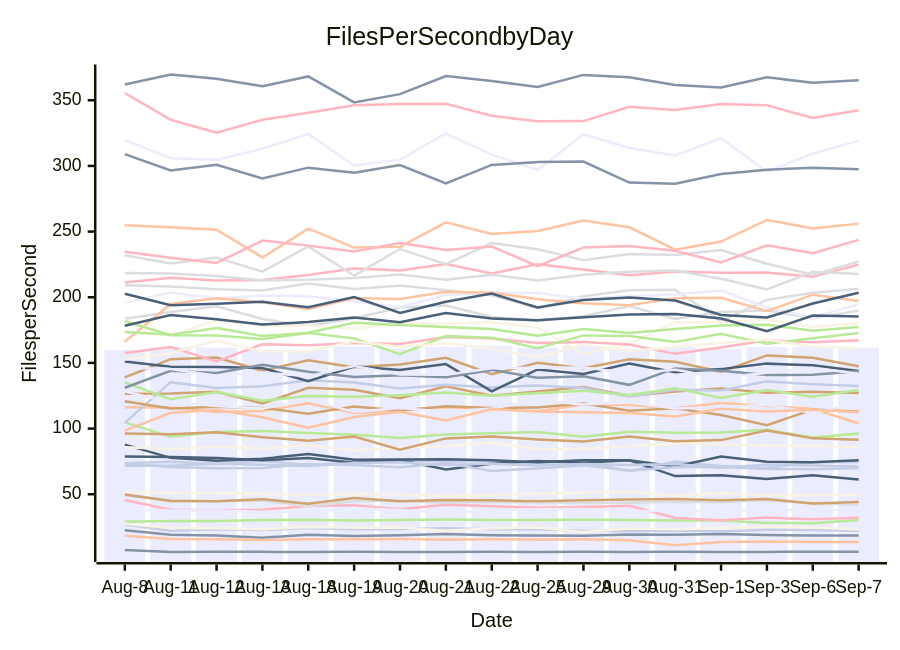
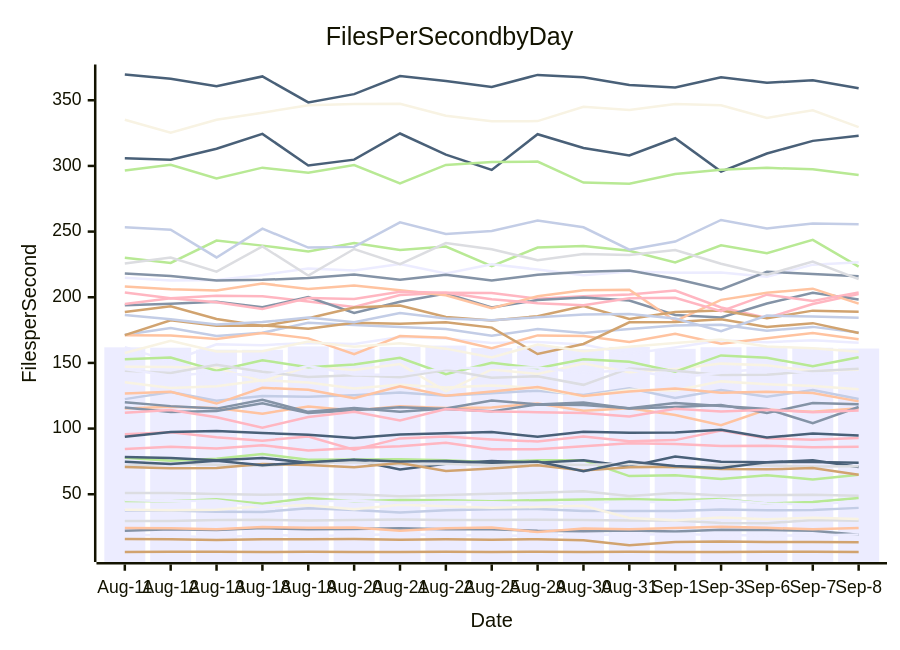
The diagram in perf-report.md (streetsidesoftware/cspell), drawn with Mermaid before and after one commit. The commit also changed other lines of this file and 1 other file, not shown here.

````diff
--- a/perf-report.md
+++ b/perf-report.md
@@ -10,57 +10,57 @@
 ```mermaid
 xychart-beta
     title Files Per Second by Day
     y-axis Files per Second
-    x-axis Date [Aug-8, Aug-11, Aug-12, Aug-13, Aug-18, Aug-19, Aug-20, Aug-21, Aug-22, Aug-25, Aug-29, Aug-30, Aug-31, Sep-1, Sep-3, Sep-6, Sep-7]
-    bar [159.78, 161.87, 161.59, 160.12, 160.00, 162.54, 160.82, 162.11, 163.20, 161.31, 162.91, 160.67, 162.16, 160.72, 161.93, 162.34, 161.56]
-    line [22.54, 19.07, 18.54, 16.95, 19.10, 18.27, 18.74, 19.65, 18.80, 18.62, 18.45, 19.29, 19.08, 19.71, 18.88, 18.65, 18.65]
-    line [116.33, 116.04, 112.64, 113.43, 119.19, 111.93, 114.00, 116.17, 114.97, 113.11, 118.41, 118.01, 115.40, 119.50, 117.17, 114.93, 104.04]
-    line [209.23, 208.13, 206.12, 205.21, 210.46, 206.31, 208.96, 205.28, 201.48, 191.68, 200.76, 205.32, 205.73, 181.85, 198.01, 203.39, 206.55]
-    line [29.03, 29.67, 29.60, 30.33, 30.62, 30.06, 30.32, 30.71, 30.33, 30.41, 30.59, 30.45, 30.07, 29.95, 28.16, 27.92, 30.43]
-    line [126.61, 126.72, 128.04, 119.05, 131.02, 129.61, 123.08, 132.18, 124.93, 128.24, 131.60, 124.76, 128.19, 130.51, 127.29, 128.13, 127.03]
-    line [73.53, 74.78, 72.96, 75.57, 72.13, 74.31, 76.20, 74.98, 75.32, 73.98, 74.92, 67.44, 74.93, 71.42, 69.97, 74.43, 74.58]
-    line [211.22, 214.76, 212.79, 213.14, 217.00, 221.94, 220.45, 225.30, 218.11, 225.16, 221.13, 216.69, 219.64, 218.57, 218.78, 215.63, 224.82]
-    line [87.82, 77.70, 75.58, 76.94, 80.70, 76.26, 76.41, 76.73, 75.85, 74.38, 75.85, 75.82, 63.83, 64.49, 61.65, 64.50, 61.26]
-    line [85.77, 84.48, 86.21, 84.78, 87.25, 83.34, 85.16, 86.61, 89.19, 84.30, 84.25, 86.47, 88.91, 88.27, 86.74, 86.90, 85.78]
-    line [319.60, 305.87, 304.71, 313.08, 324.40, 300.37, 304.78, 324.68, 308.60, 296.98, 324.16, 313.60, 308.04, 321.08, 295.70, 309.43, 319.09]
-    line [308.97, 296.59, 300.81, 290.46, 298.69, 294.82, 300.68, 286.71, 300.74, 302.95, 303.29, 287.37, 286.48, 293.90, 297.13, 298.52, 297.48]
-    line [254.83, 253.26, 251.44, 230.32, 252.21, 237.84, 238.36, 257.03, 248.15, 250.39, 258.39, 253.25, 236.21, 242.44, 258.87, 252.44, 256.07]
-    line [183.70, 188.70, 193.07, 183.50, 178.10, 183.95, 192.12, 193.67, 185.05, 182.38, 185.55, 193.26, 183.54, 188.75, 189.86, 184.03, 189.81]
-    line [104.69, 93.74, 97.45, 98.22, 96.65, 95.35, 92.84, 95.49, 96.50, 97.40, 93.72, 97.65, 96.80, 96.99, 99.11, 93.19, 96.28]
-    line [139.04, 152.86, 154.13, 144.07, 152.10, 146.68, 148.87, 153.90, 141.45, 150.06, 146.03, 152.71, 150.80, 143.28, 155.69, 153.87, 147.46]
-    line [104.34, 135.34, 130.97, 132.26, 136.82, 135.16, 130.52, 133.31, 131.34, 132.85, 130.95, 124.42, 129.63, 128.97, 135.94, 133.80, 132.37]
-    line [45.66, 38.22, 37.79, 38.23, 41.09, 41.54, 38.59, 41.99, 40.85, 39.81, 40.28, 41.27, 31.95, 30.26, 32.20, 30.88, 32.09]
-    line [78.66, 78.35, 77.65, 75.86, 77.65, 74.07, 76.09, 68.93, 73.13, 75.35, 74.03, 75.97, 71.20, 78.69, 74.68, 74.33, 75.84]
-    line [182.66, 171.17, 182.41, 178.32, 178.57, 176.08, 180.57, 179.89, 180.99, 176.89, 156.76, 164.43, 180.88, 181.23, 183.21, 177.43, 180.28]
-    line [195.89, 203.57, 199.20, 201.23, 200.81, 196.78, 192.62, 201.64, 203.42, 203.18, 198.91, 200.77, 202.09, 205.14, 192.22, 184.22, 194.88]
-    line [7.47, 6.09, 6.22, 6.12, 6.05, 6.23, 6.09, 6.02, 6.19, 6.02, 6.20, 6.04, 6.23, 6.06, 6.09, 6.20, 6.14]
-    line [18.37, 15.99, 15.64, 15.11, 15.67, 15.78, 15.86, 15.35, 15.70, 15.41, 15.75, 15.00, 11.10, 13.64, 14.09, 13.63, 13.57]
-    line [231.94, 225.75, 230.29, 219.53, 238.65, 216.52, 236.75, 225.24, 241.21, 236.60, 228.23, 232.86, 232.26, 235.92, 225.53, 217.15, 227.16]
-    line [135.23, 122.44, 127.81, 121.17, 124.81, 124.18, 125.47, 127.40, 124.91, 126.98, 128.83, 125.51, 130.73, 123.39, 129.29, 124.27, 129.39]
-    line [120.85, 115.35, 116.69, 115.74, 111.39, 116.78, 113.71, 117.01, 115.75, 116.08, 119.18, 113.59, 115.52, 110.36, 102.65, 114.46, 112.83]
-    line [27.00, 22.24, 23.36, 22.81, 24.23, 23.27, 23.59, 24.08, 23.43, 23.40, 22.23, 21.90, 22.46, 21.60, 23.03, 22.85, 22.27]
-    line [355.56, 335.17, 325.27, 335.20, 340.52, 346.23, 347.14, 347.41, 338.20, 333.97, 334.12, 345.07, 342.66, 347.17, 346.14, 336.60, 342.41]
-    line [151.10, 147.11, 146.86, 146.10, 136.12, 147.29, 144.63, 149.12, 128.33, 145.05, 141.62, 149.48, 142.85, 145.28, 149.46, 148.18, 143.83]
-    line [27.59, 24.33, 24.19, 23.40, 25.07, 24.48, 24.64, 22.11, 24.14, 24.67, 21.16, 23.95, 23.30, 24.27, 25.24, 24.42, 23.30]
-    line [128.17, 119.97, 117.10, 115.21, 121.90, 112.74, 115.76, 112.80, 115.24, 121.46, 118.37, 119.80, 115.33, 116.38, 118.04, 111.85, 119.40]
-    line [362.02, 369.62, 366.45, 360.63, 368.14, 348.34, 354.65, 368.47, 364.63, 360.14, 369.32, 367.60, 361.65, 359.68, 367.46, 363.32, 365.30]
-    line [166.07, 194.86, 199.17, 196.17, 191.14, 199.41, 198.71, 204.15, 203.44, 198.55, 195.50, 193.96, 199.31, 199.53, 189.39, 201.97, 197.12]
-    line [48.90, 45.53, 44.69, 45.18, 40.85, 44.70, 45.09, 43.47, 44.07, 43.94, 43.35, 43.55, 44.33, 43.81, 45.60, 43.01, 41.97]
-    line [173.47, 171.46, 176.49, 170.50, 172.92, 180.52, 178.78, 177.41, 175.76, 170.70, 175.74, 172.74, 175.87, 178.56, 179.08, 174.59, 177.44]
-    line [96.32, 95.66, 97.25, 93.41, 90.83, 93.92, 83.91, 92.53, 93.93, 91.70, 90.17, 94.03, 90.40, 91.22, 98.55, 92.55, 91.52]
-    line [73.32, 70.77, 69.86, 70.01, 73.04, 72.36, 70.62, 73.83, 67.67, 69.68, 72.12, 68.00, 70.47, 70.89, 69.29, 68.94, 69.89]
-    line [157.48, 162.05, 151.08, 164.19, 163.52, 165.17, 164.35, 169.78, 168.65, 165.26, 166.00, 163.99, 156.90, 161.76, 167.23, 165.73, 167.27]
-    line [202.61, 193.89, 195.05, 196.60, 192.32, 200.16, 188.13, 196.57, 202.87, 192.16, 197.82, 199.85, 197.57, 186.50, 184.53, 195.23, 203.47]
-    line [51.68, 50.89, 50.88, 50.22, 49.59, 50.25, 50.03, 48.40, 49.47, 50.47, 51.15, 52.21, 48.60, 50.89, 48.97, 49.35, 49.58]
-    line [38.18, 37.54, 37.60, 36.71, 36.51, 39.25, 38.04, 36.06, 37.72, 38.63, 38.79, 37.24, 37.32, 37.33, 38.42, 37.82, 37.98]
-    line [131.06, 143.98, 142.41, 148.62, 143.28, 139.37, 140.53, 139.04, 144.69, 138.65, 139.89, 133.31, 145.80, 144.08, 140.79, 141.02, 143.66]
-    line [98.38, 112.00, 114.17, 108.57, 100.66, 108.77, 112.72, 106.20, 114.85, 112.98, 112.47, 111.83, 109.19, 115.12, 112.97, 114.35, 112.51]
-    line [218.55, 218.05, 216.13, 212.80, 213.27, 214.61, 217.28, 213.25, 217.17, 212.77, 217.16, 219.42, 220.41, 214.04, 205.97, 219.44, 217.73]
-    line [181.75, 171.06, 170.80, 168.18, 172.80, 168.69, 156.73, 170.52, 169.10, 161.12, 170.94, 170.42, 165.85, 172.14, 164.57, 168.71, 172.84]
-    line [49.80, 44.85, 44.73, 46.28, 42.85, 47.12, 44.69, 45.57, 45.49, 44.61, 45.50, 46.05, 46.44, 45.45, 46.41, 42.91, 44.10]
-    line [71.64, 71.63, 73.23, 72.55, 71.44, 73.71, 74.27, 72.25, 73.30, 71.82, 72.99, 72.24, 73.05, 70.19, 72.55, 71.94, 71.15]
-    line [234.59, 230.11, 226.13, 243.15, 239.31, 234.89, 241.23, 236.06, 238.56, 223.75, 237.91, 239.06, 235.45, 226.56, 239.54, 233.61, 243.66]
-    line [178.30, 186.48, 183.29, 179.27, 181.07, 184.49, 180.99, 187.99, 183.89, 182.41, 184.77, 186.94, 187.25, 183.77, 174.20, 186.05, 185.31]
-    line [152.64, 157.58, 166.90, 158.63, 158.95, 166.31, 162.23, 164.91, 160.87, 154.07, 164.02, 158.84, 162.35, 165.15, 167.75, 162.42, 161.26]
-    line [146.35, 145.37, 140.27, 142.62, 139.83, 147.55, 141.21, 140.96, 145.89, 146.30, 146.55, 142.25, 144.70, 138.76, 142.53, 146.03, 141.67]
+    x-axis Date [Aug-11, Aug-12, Aug-13, Aug-18, Aug-19, Aug-20, Aug-21, Aug-22, Aug-25, Aug-29, Aug-30, Aug-31, Sep-1, Sep-3, Sep-6, Sep-7, Sep-8]
+    bar [161.87, 161.59, 160.12, 160.00, 162.54, 160.82, 162.11, 163.20, 161.31, 162.91, 160.67, 162.16, 160.72, 161.93, 162.34, 161.56, 160.97]
+    line [22.24, 23.36, 22.81, 24.23, 23.27, 23.59, 24.08, 23.43, 23.40, 22.23, 21.90, 22.46, 21.60, 23.03, 22.85, 22.27, 19.18]
+    line [115.35, 116.69, 115.74, 111.39, 116.78, 113.71, 117.01, 115.75, 116.08, 119.18, 113.59, 115.52, 110.36, 102.65, 114.46, 112.83, 115.47]
+    line [50.89, 50.88, 50.22, 49.59, 50.25, 50.03, 48.40, 49.47, 50.47, 51.15, 52.21, 48.60, 50.89, 48.97, 49.35, 49.58, 48.85]
+    line [77.70, 75.58, 76.94, 80.70, 76.26, 76.41, 76.73, 75.85, 74.38, 75.85, 75.82, 63.83, 64.49, 61.65, 64.50, 61.26, 64.86]
+    line [6.09, 6.22, 6.12, 6.05, 6.23, 6.09, 6.02, 6.19, 6.02, 6.20, 6.04, 6.23, 6.06, 6.09, 6.20, 6.14, 6.11]
+    line [122.44, 127.81, 121.17, 124.81, 124.18, 125.47, 127.40, 124.91, 126.98, 128.83, 125.51, 130.73, 123.39, 129.29, 124.27, 129.39, 122.55]
+    line [95.66, 97.25, 93.41, 90.83, 93.92, 83.91, 92.53, 93.93, 91.70, 90.17, 94.03, 90.40, 91.22, 98.55, 92.55, 91.52, 92.79]
+    line [78.35, 77.65, 75.86, 77.65, 74.07, 76.09, 68.93, 73.13, 75.35, 74.03, 75.97, 71.20, 78.69, 74.68, 74.33, 75.84, 70.78]
+    line [147.11, 146.86, 146.10, 136.12, 147.29, 144.63, 149.12, 128.33, 145.05, 141.62, 149.48, 142.85, 145.28, 149.46, 148.18, 143.83, 145.01]
+    line [19.07, 18.54, 16.95, 19.10, 18.27, 18.74, 19.65, 18.80, 18.62, 18.45, 19.29, 19.08, 19.71, 18.88, 18.65, 18.65, 19.33]
+    line [116.04, 112.64, 113.43, 119.19, 111.93, 114.00, 116.17, 114.97, 113.11, 118.41, 118.01, 115.40, 119.50, 117.17, 114.93, 104.04, 116.42]
+    line [24.33, 24.19, 23.40, 25.07, 24.48, 24.64, 22.11, 24.14, 24.67, 21.16, 23.95, 23.30, 24.27, 25.24, 24.42, 23.30, 24.35]
+    line [71.63, 73.23, 72.55, 71.44, 73.71, 74.27, 72.25, 73.30, 71.82, 72.99, 72.24, 73.05, 70.19, 72.55, 71.94, 71.15, 71.34]
+    line [230.11, 226.13, 243.15, 239.31, 234.89, 241.23, 236.06, 238.56, 223.75, 237.91, 239.06, 235.45, 226.56, 239.54, 233.61, 243.66, 223.35]
+    line [70.77, 69.86, 70.01, 73.04, 72.36, 70.62, 73.83, 67.67, 69.68, 72.12, 68.00, 70.47, 70.89, 69.29, 68.94, 69.89, 64.77]
+    line [171.46, 176.49, 170.50, 172.92, 180.52, 178.78, 177.41, 175.76, 170.70, 175.74, 172.74, 175.87, 178.56, 179.08, 174.59, 177.44, 173.15]
+    line [203.57, 199.20, 201.23, 200.81, 196.78, 192.62, 201.64, 203.42, 203.18, 198.91, 200.77, 202.09, 205.14, 192.22, 184.22, 194.88, 202.40]
+    line [305.87, 304.71, 313.08, 324.40, 300.37, 304.78, 324.68, 308.60, 296.98, 324.16, 313.60, 308.04, 321.08, 295.70, 309.43, 319.09, 322.91]
+    line [135.34, 130.97, 132.26, 136.82, 135.16, 130.52, 133.31, 131.34, 132.85, 130.95, 124.42, 129.63, 128.97, 135.94, 133.80, 132.37, 129.87]
+    line [162.05, 151.08, 164.19, 163.52, 165.17, 164.35, 169.78, 168.65, 165.26, 166.00, 163.99, 156.90, 161.76, 167.23, 165.73, 167.27, 165.39]
+    line [193.89, 195.05, 196.60, 192.32, 200.16, 188.13, 196.57, 202.87, 192.16, 197.82, 199.85, 197.57, 186.50, 184.53, 195.23, 203.47, 198.25]
+    line [208.13, 206.12, 205.21, 210.46, 206.31, 208.96, 205.28, 201.48, 191.68, 200.76, 205.32, 205.73, 181.85, 198.01, 203.39, 206.55, 195.11]
+    line [29.67, 29.60, 30.33, 30.62, 30.06, 30.32, 30.71, 30.33, 30.41, 30.59, 30.45, 30.07, 29.95, 28.16, 27.92, 30.43, 29.89]
+    line [152.86, 154.13, 144.07, 152.10, 146.68, 148.87, 153.90, 141.45, 150.06, 146.03, 152.71, 150.80, 143.28, 155.69, 153.87, 147.46, 154.39]
+    line [188.70, 193.07, 183.50, 178.10, 183.95, 192.12, 193.67, 185.05, 182.38, 185.55, 193.26, 183.54, 188.75, 189.86, 184.03, 189.81, 189.01]
+    line [37.54, 37.60, 36.71, 36.51, 39.25, 38.04, 36.06, 37.72, 38.63, 38.79, 37.24, 37.32, 37.33, 38.42, 37.82, 37.98, 39.62]
+    line [194.86, 199.17, 196.17, 191.14, 199.41, 198.71, 204.15, 203.44, 198.55, 195.50, 193.96, 199.31, 199.53, 189.39, 201.97, 197.12, 203.70]
+    line [74.78, 72.96, 75.57, 72.13, 74.31, 76.20, 74.98, 75.32, 73.98, 74.92, 67.44, 74.93, 71.42, 69.97, 74.43, 74.58, 74.02]
+    line [335.17, 325.27, 335.20, 340.52, 346.23, 347.14, 347.41, 338.20, 333.97, 334.12, 345.07, 342.66, 347.17, 346.14, 336.60, 342.41, 329.55]
+    line [214.76, 212.79, 213.14, 217.00, 221.94, 220.45, 225.30, 218.11, 225.16, 221.13, 216.69, 219.64, 218.57, 218.78, 215.63, 224.82, 226.65]
+    line [218.05, 216.13, 212.80, 213.27, 214.61, 217.28, 213.25, 217.17, 212.77, 217.16, 219.42, 220.41, 214.04, 205.97, 219.44, 217.73, 216.08]
+    line [171.06, 170.80, 168.18, 172.80, 168.69, 156.73, 170.52, 169.10, 161.12, 170.94, 170.42, 165.85, 172.14, 164.57, 168.71, 172.84, 167.97]
+    line [143.98, 142.41, 148.62, 143.28, 139.37, 140.53, 139.04, 144.69, 138.65, 139.89, 133.31, 145.80, 144.08, 140.79, 141.02, 143.66, 145.59]
+    line [44.85, 44.73, 46.28, 42.85, 47.12, 44.69, 45.57, 45.49, 44.61, 45.50, 46.05, 46.44, 45.45, 46.41, 42.91, 44.10, 47.18]
+    line [15.99, 15.64, 15.11, 15.67, 15.78, 15.86, 15.35, 15.70, 15.41, 15.75, 15.00, 11.10, 13.64, 14.09, 13.63, 13.57, 13.40]
+    line [253.26, 251.44, 230.32, 252.21, 237.84, 238.36, 257.03, 248.15, 250.39, 258.39, 253.25, 236.21, 242.44, 258.87, 252.44, 256.07, 255.58]
+    line [84.48, 86.21, 84.78, 87.25, 83.34, 85.16, 86.61, 89.19, 84.30, 84.25, 86.47, 88.91, 88.27, 86.74, 86.90, 85.78, 86.18]
+    line [93.74, 97.45, 98.22, 96.65, 95.35, 92.84, 95.49, 96.50, 97.40, 93.72, 97.65, 96.80, 96.99, 99.11, 93.19, 96.28, 94.70]
+    line [38.22, 37.79, 38.23, 41.09, 41.54, 38.59, 41.99, 40.85, 39.81, 40.28, 41.27, 31.95, 30.26, 32.20, 30.88, 32.09, 31.08]
+    line [45.53, 44.69, 45.18, 40.85, 44.70, 45.09, 43.47, 44.07, 43.94, 43.35, 43.55, 44.33, 43.81, 45.60, 43.01, 41.97, 44.80]
+    line [119.97, 117.10, 115.21, 121.90, 112.74, 115.76, 112.80, 115.24, 121.46, 118.37, 119.80, 115.33, 116.38, 118.04, 111.85, 119.40, 118.51]
+    line [126.72, 128.04, 119.05, 131.02, 129.61, 123.08, 132.18, 124.93, 128.24, 131.60, 124.76, 128.19, 130.51, 127.29, 128.13, 127.03, 120.72]
+    line [225.75, 230.29, 219.53, 238.65, 216.52, 236.75, 225.24, 241.21, 236.60, 228.23, 232.86, 232.26, 235.92, 225.53, 217.15, 227.16, 213.82]
+    line [296.59, 300.81, 290.46, 298.69, 294.82, 300.68, 286.71, 300.74, 302.95, 303.29, 287.37, 286.48, 293.90, 297.13, 298.52, 297.48, 293.09]
+    line [171.17, 182.41, 178.32, 178.57, 176.08, 180.57, 179.89, 180.99, 176.89, 156.76, 164.43, 180.88, 181.23, 183.21, 177.43, 180.28, 172.77]
+    line [186.48, 183.29, 179.27, 181.07, 184.49, 180.99, 187.99, 183.89, 182.41, 184.77, 186.94, 187.25, 183.77, 174.20, 186.05, 185.31, 184.47]
+    line [112.00, 114.17, 108.57, 100.66, 108.77, 112.72, 106.20, 114.85, 112.98, 112.47, 111.83, 109.19, 115.12, 112.97, 114.35, 112.51, 113.70]
+    line [369.62, 366.45, 360.63, 368.14, 348.34, 354.65, 368.47, 364.63, 360.14, 369.32, 367.60, 361.65, 359.68, 367.46, 363.32, 365.30, 359.11]
+    line [157.58, 166.90, 158.63, 158.95, 166.31, 162.23, 164.91, 160.87, 154.07, 164.02, 158.84, 162.35, 165.15, 167.75, 162.42, 161.26, 158.45]
+    line [145.37, 140.27, 142.62, 139.83, 147.55, 141.21, 140.96, 145.89, 146.30, 146.55, 142.25, 144.70, 138.76, 142.53, 146.03, 141.67, 142.57]
 ```
````
